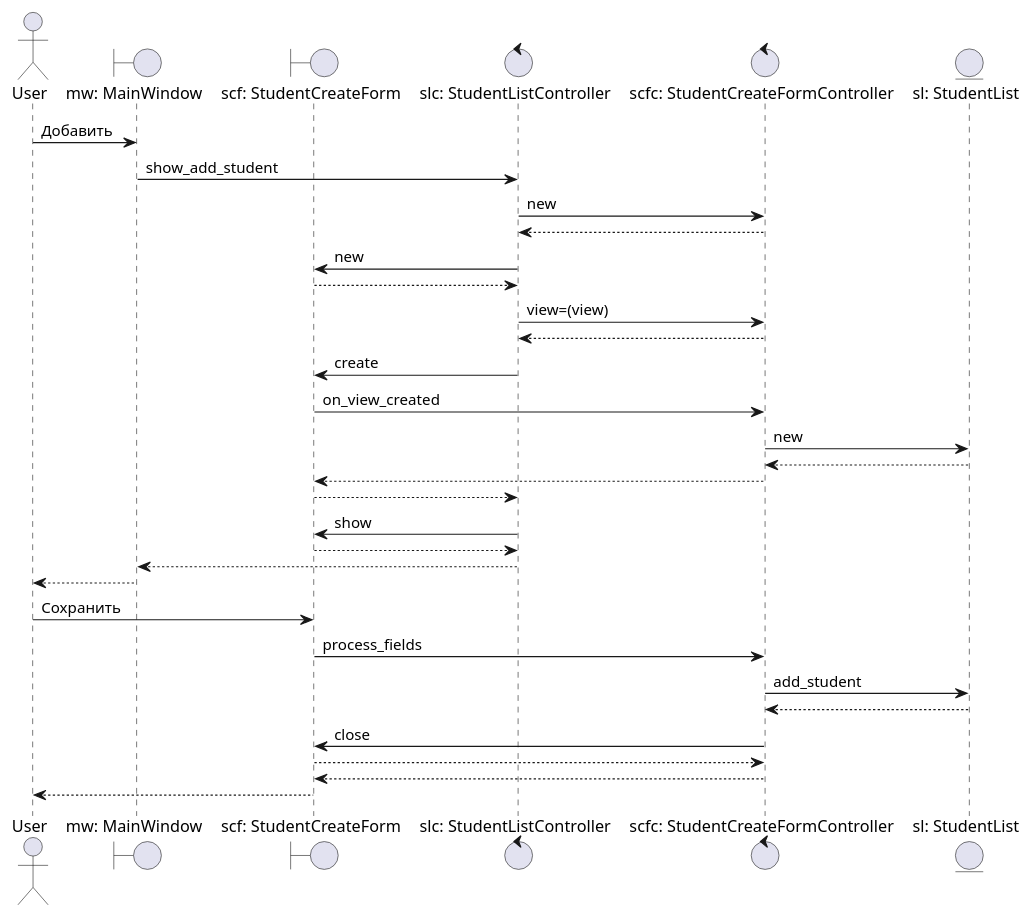
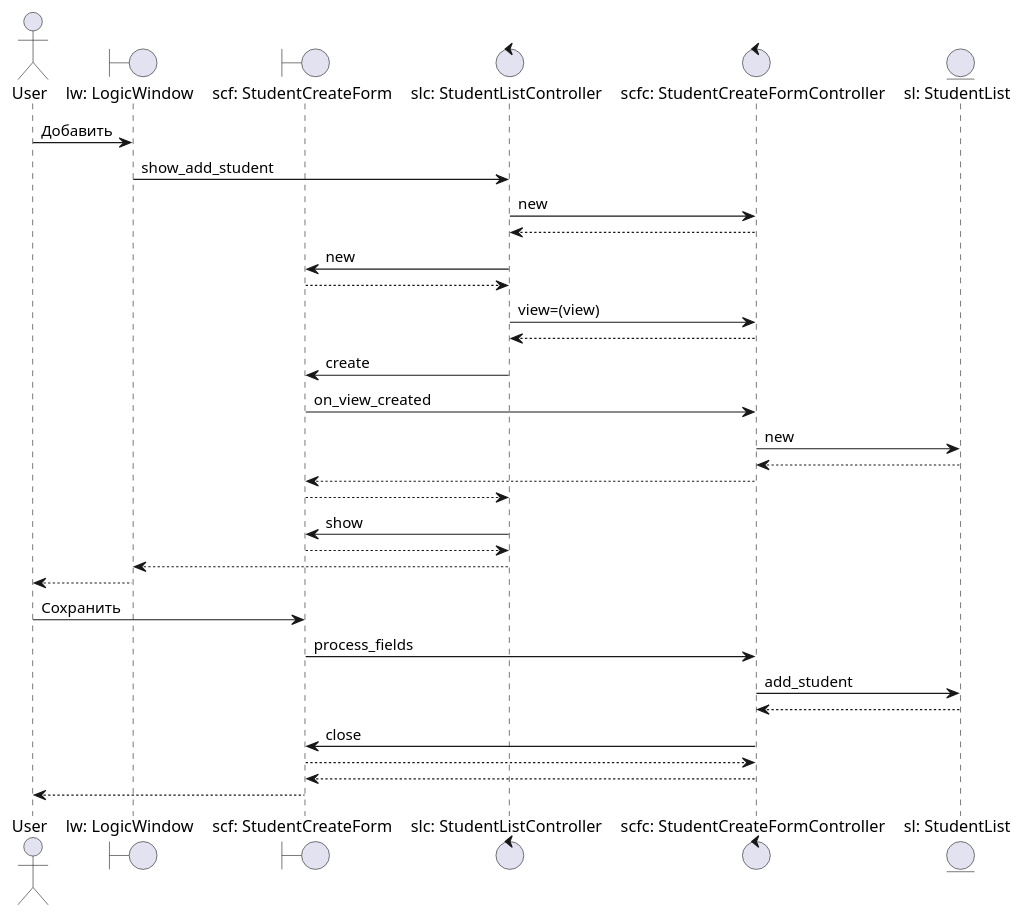
Before and after one commit to waasabi13/ruby_labs: the diagram in Diagrams/mvc/add.puml, drawn with PlantUML. The commit also changed 5 other files, not shown here.

```diff
--- a/Diagrams/mvc/add.puml
+++ b/Diagrams/mvc/add.puml
@@ -1,41 +1,41 @@
 @startuml
 'https://plantuml.com/sequence-diagram
 
 
 
 actor       User                        as user
-boundary    "mw: MainWindow"                   as mw
+boundary    "lw: LogicWindow"                   as lw
 boundary    "scf: StudentCreateForm"             as scf
 control     "slc: StudentListController"        as slc
 control     "scfc: StudentCreateFormController"  as scfc
 entity      "sl: StudentList"           as sl
 
-user -> mw : Добавить
-mw -> slc : show_add_student
+user -> lw : Добавить
+lw -> slc : show_add_student
 slc -> scfc : new
 scfc --> slc
 slc -> scf : new
 scf --> slc
 slc -> scfc : view=(view)
 scfc --> slc
 slc -> scf : create
 scf -> scfc : on_view_created
 scfc -> sl : new
 sl --> scfc
 scfc --> scf
 scf --> slc
 slc -> scf : show
 scf --> slc
-slc --> mw
-mw --> user
+slc --> lw
+lw --> user
 
 user -> scf : Сохранить
 scf -> scfc : process_fields
 scfc -> sl : add_student
 sl --> scfc
 scfc -> scf : close
 scf --> scfc
 scfc --> scf
 scf --> user
 
 @enduml
```
